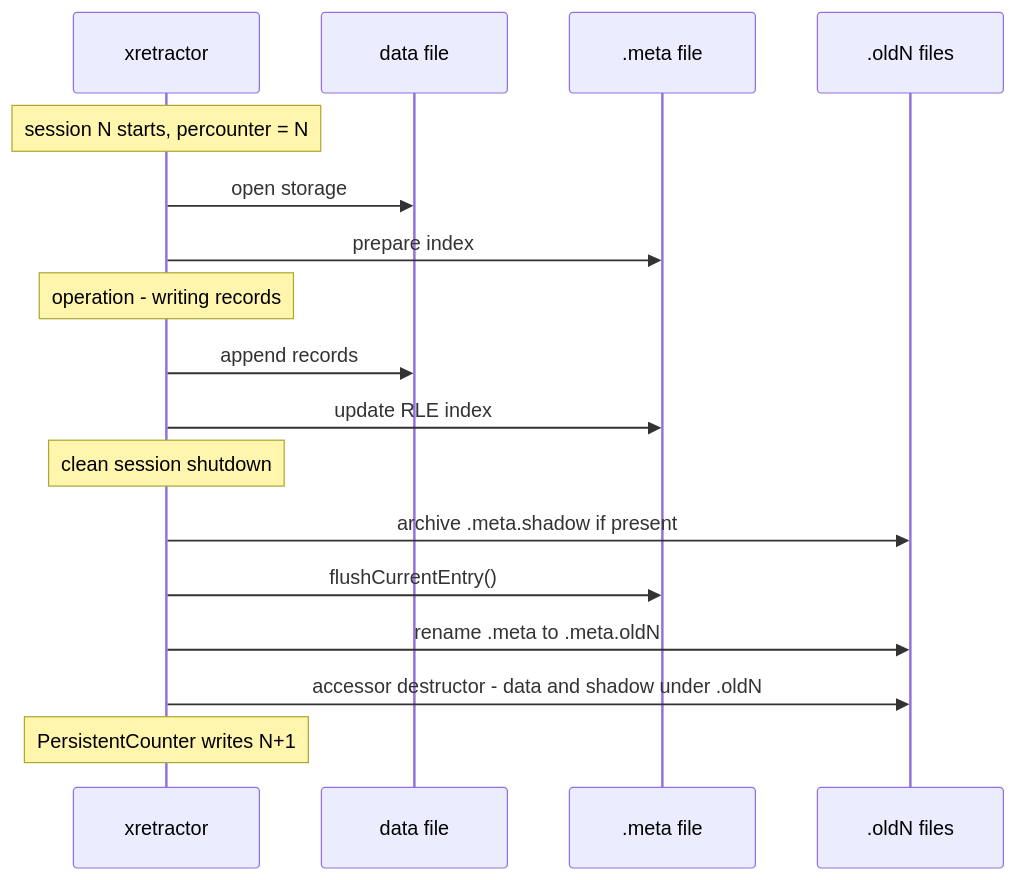
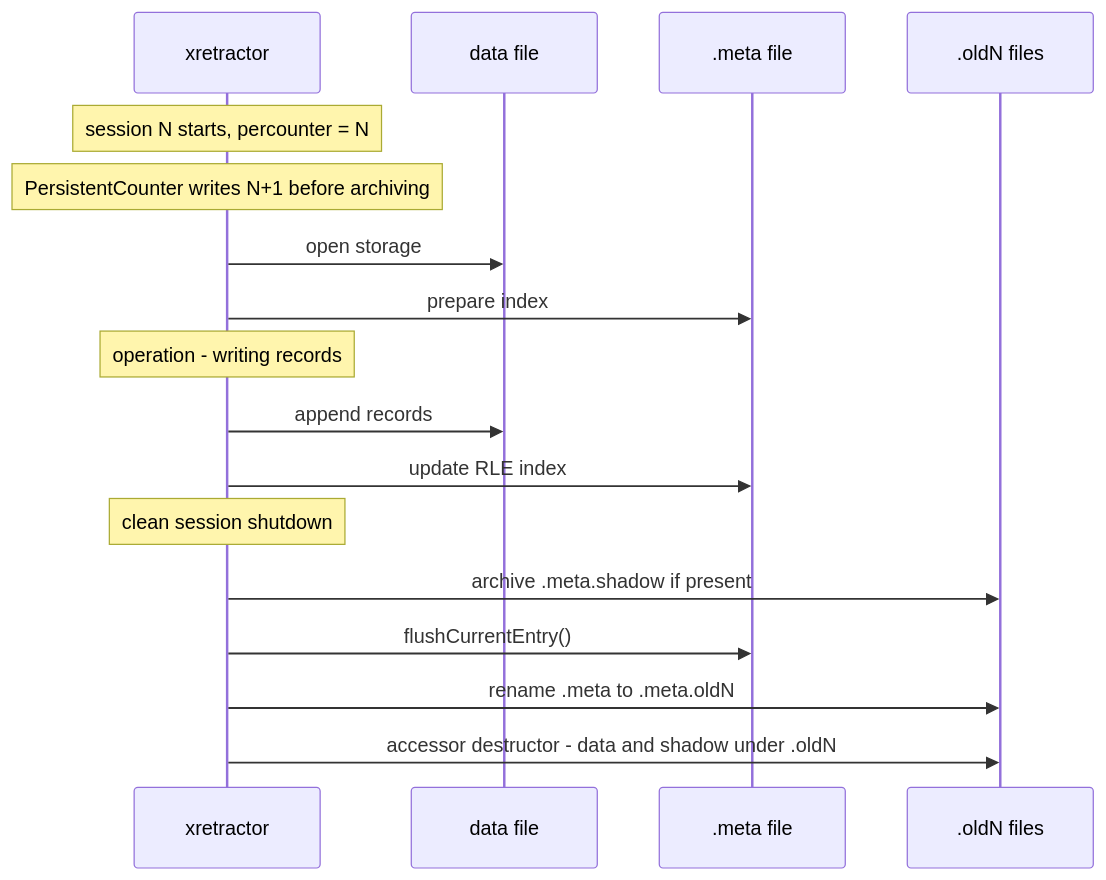
Before and after one commit to michalwidera/documentation-rdb: the diagram in data-processing-system-architecture/data-storage-format/rotation.md, drawn with Mermaid. The commit also changed other lines of this file and 1 other file, not shown here.

````diff
--- a/data-processing-system-architecture/data-storage-format/rotation.md
+++ b/data-processing-system-architecture/data-storage-format/rotation.md
@@ -27,21 +29,21 @@
 ```mermaid
 %% pdf-width: 100%
 sequenceDiagram
     participant RQL as xretractor
     participant D as data file
     participant M as .meta file
     participant Old as .oldN files
 
     Note over RQL: session N starts, percounter = N
+    Note over RQL: PersistentCounter writes N+1 before archiving
     RQL->>D: open storage
     RQL->>M: prepare index
     Note over RQL: operation - writing records
     RQL->>D: append records
     RQL->>M: update RLE index
     Note over RQL: clean session shutdown
     RQL->>Old: archive .meta.shadow if present
     RQL->>M: flushCurrentEntry()
     RQL->>Old: rename .meta to .meta.oldN
     RQL->>Old: accessor destructor - data and shadow under .oldN
-    Note over RQL: PersistentCounter writes N+1
 ```
````
